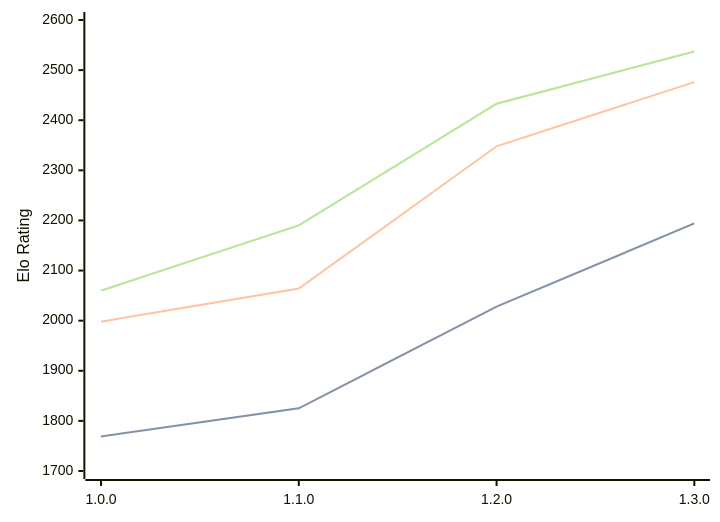
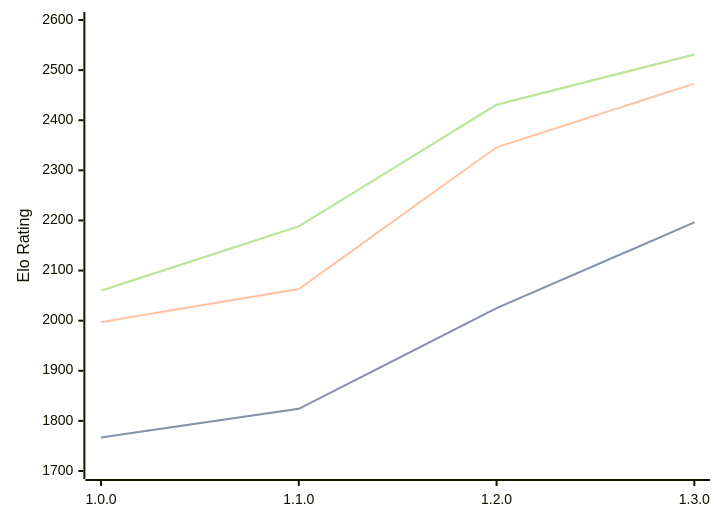
One commit to computer-chess-index/cci changed the diagram in engines/Anodos.md. Above: the diagram before and after it, drawn with Mermaid. The commit also changed other lines of this file, not shown here.

Commit message:
Update CCI Ratings (ELO VLTC) - 2026-04-27

````diff
--- a/engines/Anodos.md
+++ b/engines/Anodos.md
@@ -45,11 +45,11 @@
 ```mermaid
 %%{init: {"theme":"base","themeVariables":{"seriesColors:['#a3a3a3','#222221','#faa371']}}}%%
 xychart-beta
   x-axis ["1.0.0", "1.1.0", "1.2.0", "1.3.0"]
   y-axis "Elo Rating" 1700 --> 2600
-  line "STC (8.0+0.08s)" [1769, 1825, 2028, 2194]
-  line "STC (8.0+0.08s)" [1769, 1825, 2028, 2194]
-  line "LTC (60.0+0.60s)" [1998, 2064, 2348, 2476]
-  line "VLTC (2m24s+1.12s)" [2060, 2190, 2433, 2537]
-  line "VLTC (2m24s+1.12s)" [2060, 2190, 2433, 2537]
+  line "STC (8.0+0.08s)" [1767, 1824, 2025, 2196]
+  line "STC (8.0+0.08s)" [1767, 1824, 2025, 2196]
+  line "LTC (60.0+0.60s)" [1997, 2063, 2346, 2473]
+  line "VLTC (2m24s+1.12s)" [2060, 2188, 2431, 2531]
+  line "VLTC (2m24s+1.12s)" [2060, 2188, 2431, 2531]
 ```
````
